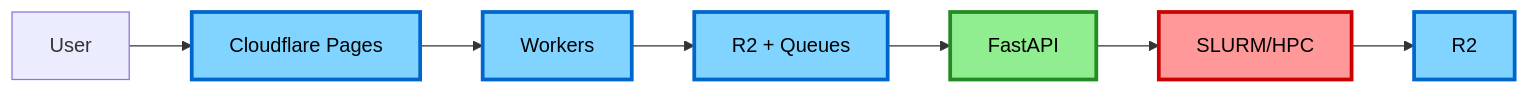
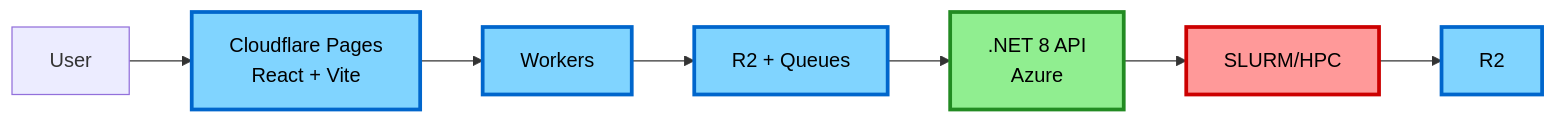
Before and after one commit to ucdavis/accessible-pdf-rocky: the first of 2 diagrams in docs/DEVELOPMENT.md, drawn with Mermaid. The commit also changed other lines of this file and 121 other files, not shown here.

First line of the commit message:
refactor: migrate to .NET 8 backend and React/Vite frontend

````diff
--- a/docs/DEVELOPMENT.md
+++ b/docs/DEVELOPMENT.md
@@ -9,16 +9,16 @@
 ```mermaid
 flowchart LR
-    A[User] --> B[Cloudflare Pages]
+    A[User] --> B[Cloudflare Pages<br/>React + Vite]
     B --> C[Workers]
     C --> D[R2 + Queues]
-    D --> E[FastAPI]
+    D --> E[.NET 8 API<br/>Azure]
     E --> F[SLURM/HPC]
     F --> G[R2]
     
     style B fill:#80d4ff,stroke:#0066cc,stroke-width:3px,color:#000
     style C fill:#80d4ff,stroke:#0066cc,stroke-width:3px,color:#000
     style D fill:#80d4ff,stroke:#0066cc,stroke-width:3px,color:#000
     style E fill:#90ee90,stroke:#228b22,stroke-width:3px,color:#000
     style F fill:#ff9999,stroke:#cc0000,stroke-width:3px,color:#000
     style G fill:#80d4ff,stroke:#0066cc,stroke-width:3px,color:#000
 ```
````
